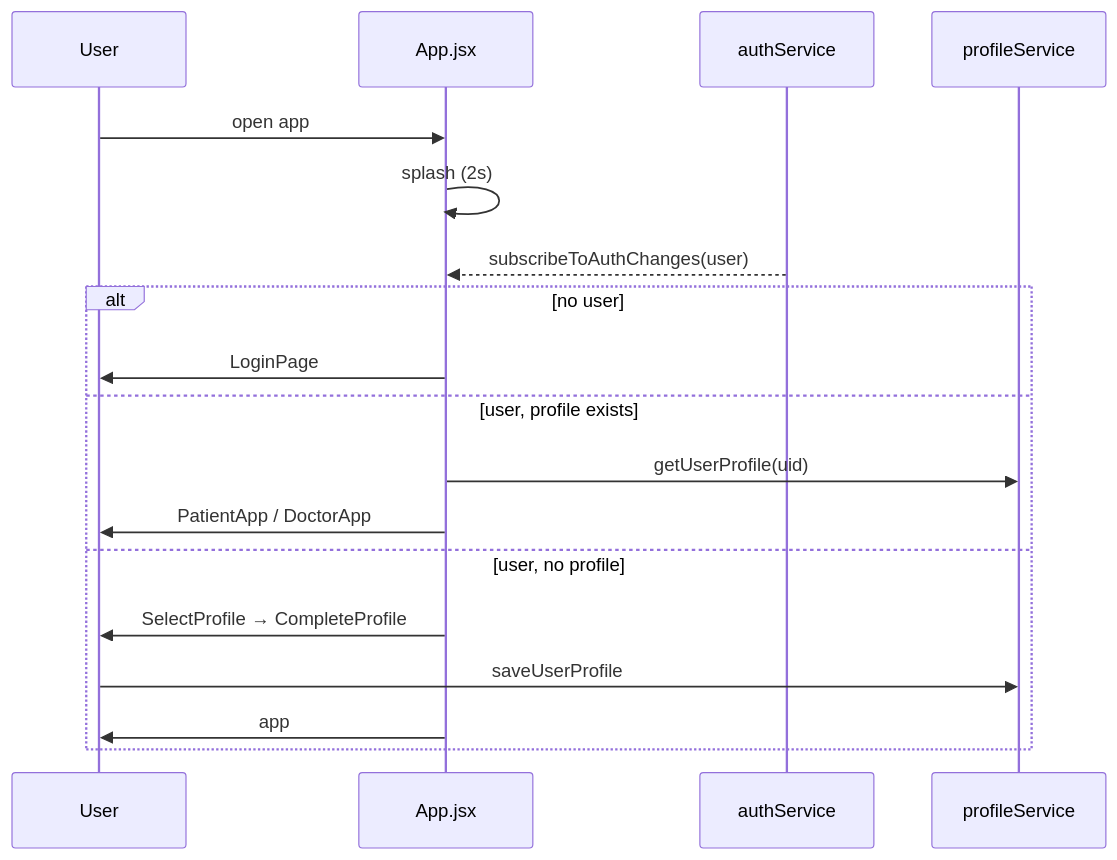
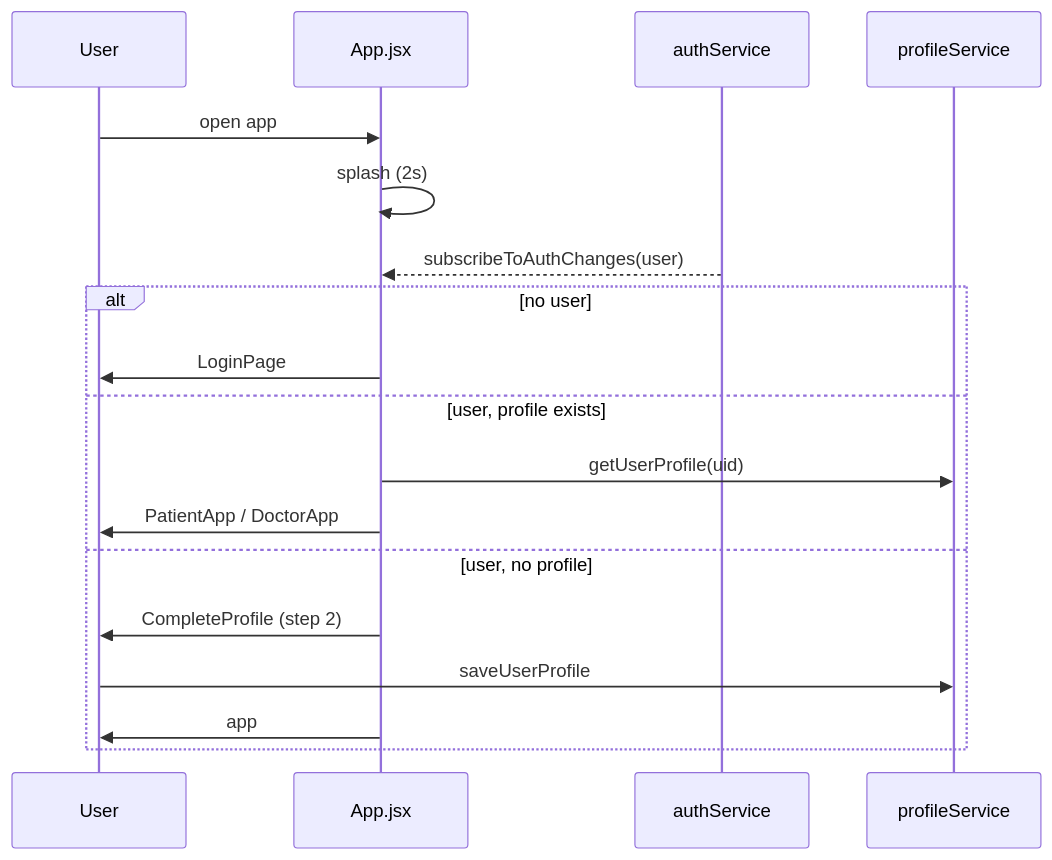
The second of 3 diagrams in docs/CODEBASE_MAP.md (jpchagas/tamagotchi), drawn with Mermaid before and after one commit. The commit also changed other lines of this file and 47 other files, not shown here.

First line of the commit message:
Phase 1 UX: theme, shared components and redesigned patient/doctor flows

````diff
--- a/docs/CODEBASE_MAP.md
+++ b/docs/CODEBASE_MAP.md
@@ -194,20 +188,20 @@
 ```mermaid
 sequenceDiagram
     participant U as User
     participant App as App.jsx
     participant A as authService
     participant P as profileService
     U->>App: open app
     App->>App: splash (2s)
     A-->>App: subscribeToAuthChanges(user)
     alt no user
         App->>U: LoginPage
     else user, profile exists
         App->>P: getUserProfile(uid)
         App->>U: PatientApp / DoctorApp
     else user, no profile
-        App->>U: SelectProfile → CompleteProfile
+        App->>U: CompleteProfile (step 2)
         U->>P: saveUserProfile
         App->>U: app
     end
 ```
````
